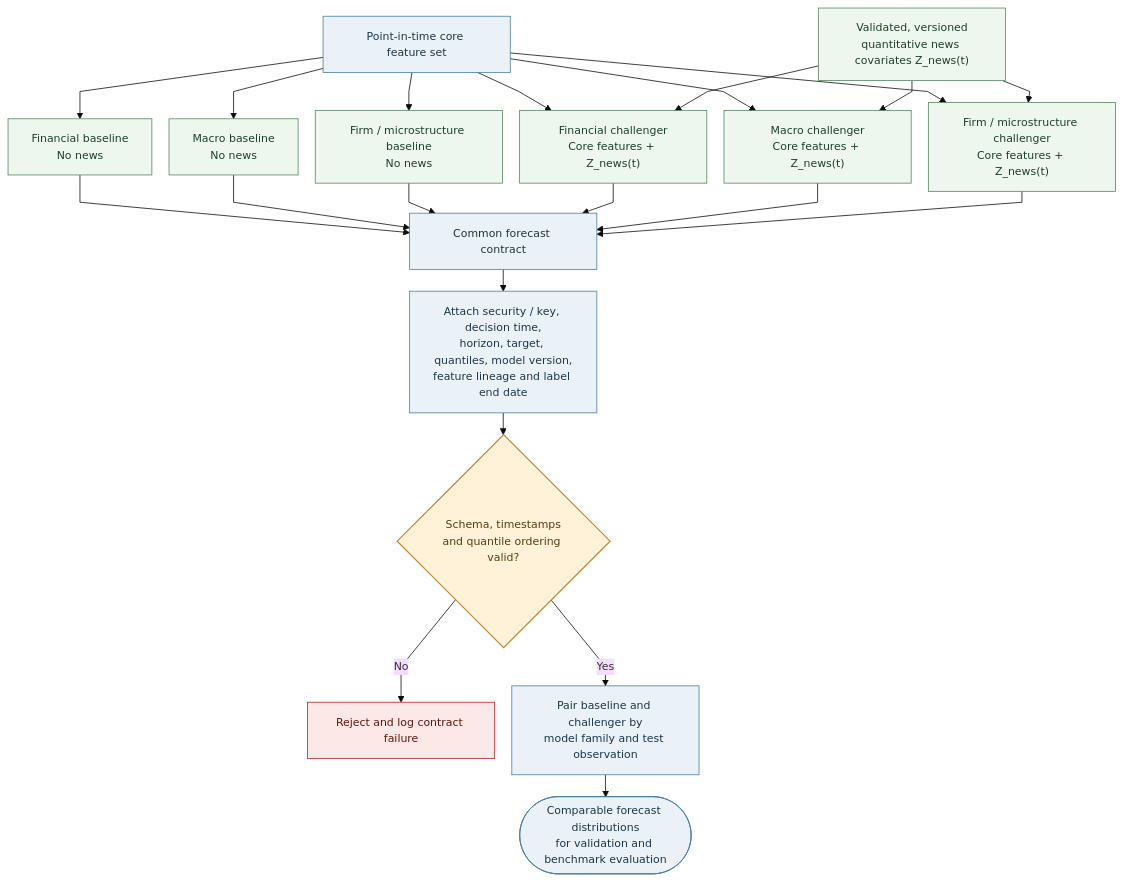
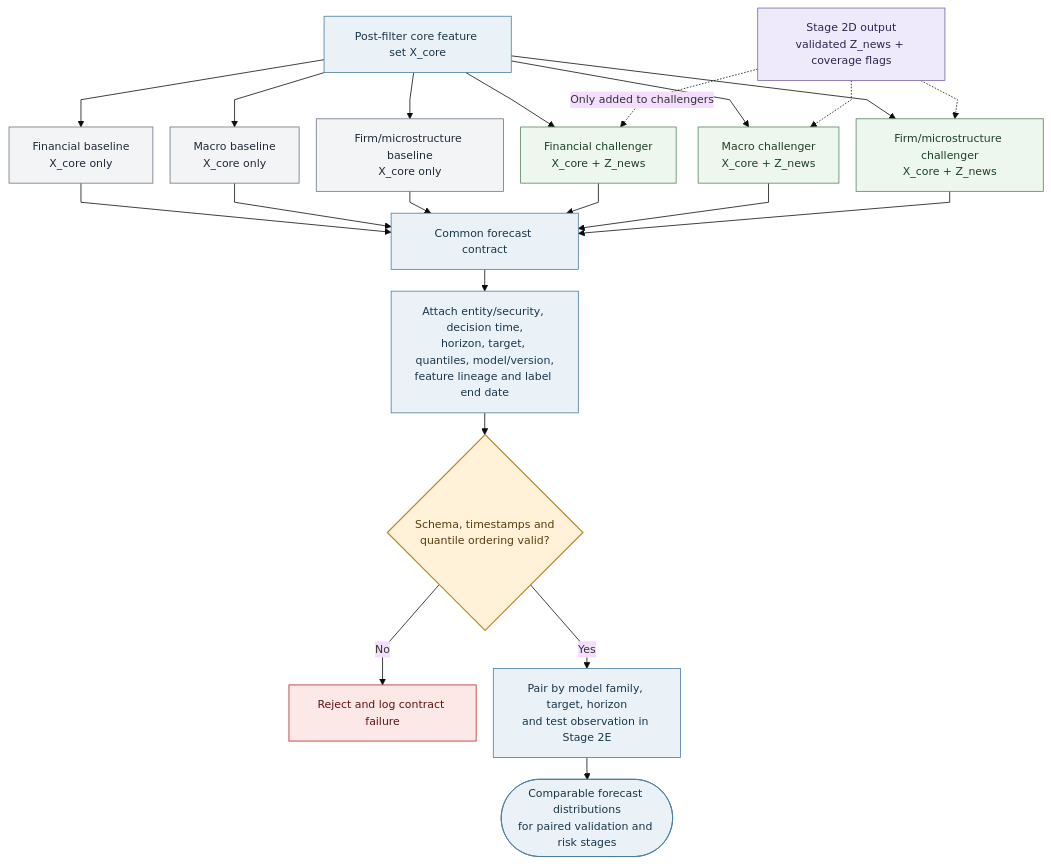
Before and after one commit to dannysilverio6-creator/AQP---LSEG: the sixth of 15 diagrams in docs/AQP OVERVIEW.md, drawn with Mermaid. The commit also changed other lines of this file, not shown here.

````diff
--- a/docs/AQP OVERVIEW.md
+++ b/docs/AQP OVERVIEW.md
@@ -444,33 +536,36 @@
 ```mermaid
 %%{init: {"theme": "base", "flowchart": {"nodeSpacing": 22, "rankSpacing": 28, "wrappingWidth": 180, "diagramPadding": 18, "curve": "linear"}, "themeVariables": {"fontSize": "14px"}}}%%
 flowchart TB
-    CORE["Point-in-time core feature set"] --> F0["Financial baseline<br/>No news"]
-    CORE --> M0["Macro baseline<br/>No news"]
-    CORE --> U0["Firm / microstructure baseline<br/>No news"]
-    CORE --> F1["Financial challenger<br/>Core features + Z_news(t)"]
-    CORE --> M1["Macro challenger<br/>Core features + Z_news(t)"]
-    CORE --> U1["Firm / microstructure challenger<br/>Core features + Z_news(t)"]
-    NEWS["Validated, versioned<br/>quantitative news covariates Z_news(t)"] --> F1
-    NEWS --> M1
-    NEWS --> U1
+    CORE["Post-filter core feature set X_core"] --> F0["Financial baseline<br/>X_core only"]
+    CORE --> M0["Macro baseline<br/>X_core only"]
+    CORE --> U0["Firm/microstructure baseline<br/>X_core only"]
+    CORE --> F1["Financial challenger<br/>X_core + Z_news"]
+    CORE --> M1["Macro challenger<br/>X_core + Z_news"]
+    CORE --> U1["Firm/microstructure challenger<br/>X_core + Z_news"]
+    NEWS["Stage 2D output<br/>validated Z_news + coverage flags"] -. "Only added to challengers" .-> F1
+    NEWS -.-> M1
+    NEWS -.-> U1
     F0 --> CONTRACT["Common forecast contract"]
     M0 --> CONTRACT
     U0 --> CONTRACT
     F1 --> CONTRACT
     M1 --> CONTRACT
     U1 --> CONTRACT
-    CONTRACT --> META["Attach security / key, decision time,<br/>horizon, target, quantiles, model version,<br/>feature lineage and label end date"]
-    META --> CHECK{Schema, timestamps<br/>and quantile ordering valid?}
+    CONTRACT --> META["Attach entity/security, decision time,<br/>horizon, target, quantiles, model/version,<br/>feature lineage and label end date"]
+    META --> CHECK{Schema, timestamps and<br/>quantile ordering valid?}
     CHECK -->|No| REJECT["Reject and log contract failure"]
-    CHECK -->|Yes| PAIR["Pair baseline and challenger by<br/>model family and test observation"]
-    PAIR --> OUT([Comparable forecast distributions<br/>for validation and benchmark evaluation])
-    classDef model fill:#edf7ed,stroke:#54845e,color:#1d4026;
+    CHECK -->|Yes| PAIR["Pair by model family, target, horizon<br/>and test observation in Stage 2E"]
+    PAIR --> OUT([Comparable forecast distributions<br/>for paired validation and risk stages])
+    classDef baseline fill:#f3f4f6,stroke:#6b7280,color:#202938;
+    classDef challenger fill:#edf7ed,stroke:#54845e,color:#1d4026;
     classDef process fill:#eaf2f8,stroke:#477b9e,color:#19364a;
+    classDef news fill:#eee9fb,stroke:#7762a8,color:#30244f;
     classDef gate fill:#fff2d9,stroke:#b9862b,color:#593c0c,stroke-width:1.5px;
     classDef stop fill:#fce8e6,stroke:#b3261e,color:#5f1410;
-    class F0,M0,U0 model;
-    class F1,M1,U1,NEWS model;
+    class F0,M0,U0 baseline;
+    class F1,M1,U1 challenger;
     class CORE,CONTRACT,META,PAIR,OUT process;
+    class NEWS news;
     class CHECK gate;
     class REJECT stop;
 ```
````
